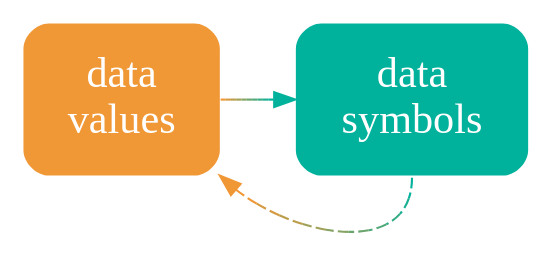
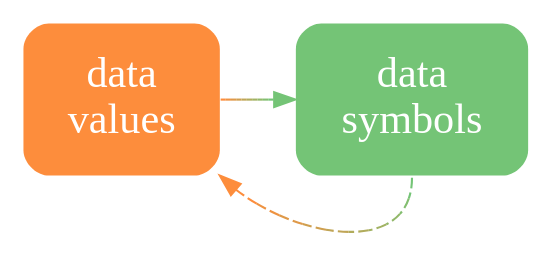
Before and after one commit to pmur002/hdvw: the diagram in Diagrams/data-sym-decode.dot, drawn with Graphviz. The commit also changed 676 other files, not shown here.

```diff
--- a/Diagrams/data-sym-decode.dot
+++ b/Diagrams/data-sym-decode.dot
@@ -1,9 +1,9 @@
 digraph {
   graph [ rankdir=LR; margin=.2; nodesep=.5 ];
   node [ fontsize=20; fontname="sans bold"; margin=.2 ];
-  data [ label="data\nvalues"; shape=box; style="filled, rounded"; penwidth=0; fontcolor=white; fillcolor="#F09736" ]
+  data [ label="data\nvalues"; shape=box; style="filled, rounded"; penwidth=0; fontcolor=white; fillcolor="#FD8D3C" ]
   sym [ label="data\nsymbols"; shape=box;
-     style="filled, rounded"; penwidth=0; fontcolor=white; fillcolor="#00B19B" ]
-  data -> sym [ color="#F09736;0.1:#D59A41;0.1:#BB9D4C;0.1:#A0A058;0.1:#85A363;0.1:#6BA56E;0.1:#50A879;0.1:#35AB85;0.1:#1BAE90;0.1:#00B19B;0.1" ]
-  sym:s -> data:se [ style="dashed", color="#00B19B;0.1:#1BAE90;0.1:#35AB85;0.1:#50A879;0.1:#6BA56E;0.1:#85A363;0.1:#A0A058;0.1:#BB9D4C;0.1:#D59A41;0.1:#F09736;0.1" ]
+     style="filled, rounded"; penwidth=0; fontcolor=white; fillcolor="#74C476" ]
+  data -> sym [ color="#FD8D3C;0.1:#EE9342;0.1:#DF9949;0.1:#CF9F4F;0.1:#C0A556;0.1:#B1AC5C;0.1:#A2B263;0.1:#92B869;0.1:#83BE70;0.1:#74C476;0.1" ]
+  sym:s -> data:se [ style="dashed", color="#74C476;0.1:#83BE70;0.1:#92B869;0.1:#A2B263;0.1:#B1AC5C;0.1:#C0A556;0.1:#CF9F4F;0.1:#DF9949;0.1:#EE9342;0.1:#FD8D3C;0.1" ]
 }
```
